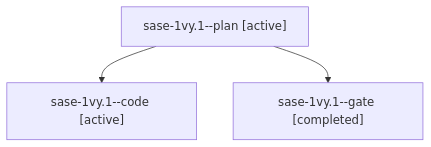
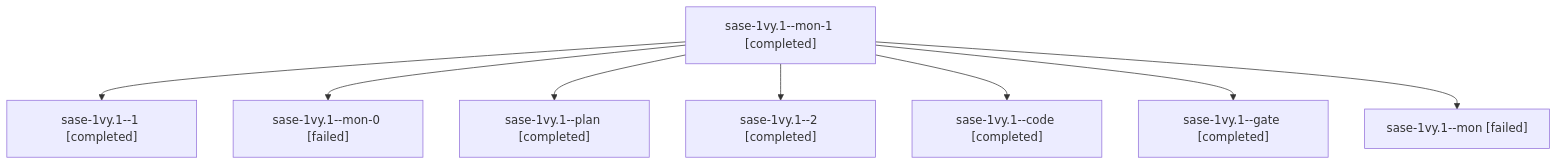
Before and after one commit to sase-org/sase--agents: the diagram in sessions/bbugyi200.athena.sase-1vy.1.md, drawn with Mermaid. The commit also changed other lines of this file and 53 other files, not shown here.

````diff
--- a/sessions/bbugyi200.athena.sase-1vy.1.md
+++ b/sessions/bbugyi200.athena.sase-1vy.1.md
@@ -9,8 +9,18 @@
 ```mermaid
 flowchart TD
-  n0["sase-1vy.1--plan [active]"]
-  n1["sase-1vy.1--code [active]"]
+  n0["sase-1vy.1--mon-1 [completed]"]
+  n1["sase-1vy.1--1 [completed]"]
   n0 --> n1
-  n2["sase-1vy.1--gate [completed]"]
+  n2["sase-1vy.1--mon-0 [failed]"]
   n0 --> n2
+  n3["sase-1vy.1--plan [completed]"]
+  n0 --> n3
+  n4["sase-1vy.1--2 [completed]"]
+  n0 --> n4
+  n5["sase-1vy.1--code [completed]"]
+  n0 --> n5
+  n6["sase-1vy.1--gate [completed]"]
+  n0 --> n6
+  n7["sase-1vy.1--mon [failed]"]
+  n0 --> n7
 ```
````
